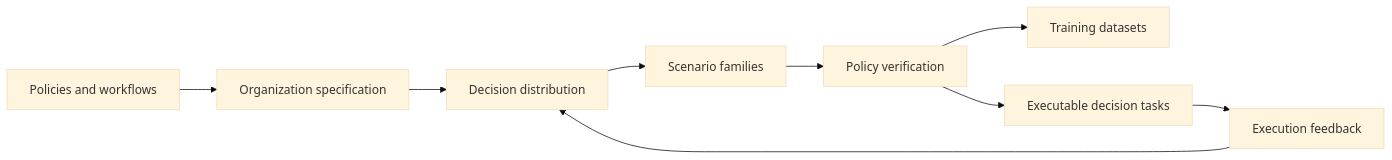
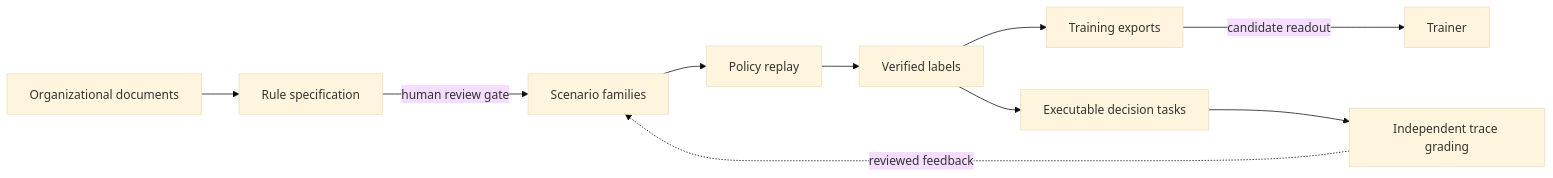
One commit to Juneo-Lab/decision-forge changed the diagram in README.md. Above: the diagram before and after it, drawn with Mermaid (base theme). The commit also changed other lines of this file and 5 other files, not shown here.

````diff
--- a/README.md
+++ b/README.md
@@ -14,11 +15,12 @@
 ```mermaid
 flowchart LR
-    A[Policies and workflows] --> B[Organization specification]
-    B --> C[Decision distribution]
-    C --> D[Scenario families]
-    D --> E[Policy verification]
-    E --> F[Training datasets]
+    A[Organizational documents] --> B[Rule specification]
+    B -->|human review gate| C[Scenario families]
+    C --> D[Policy replay]
+    D --> E[Verified labels]
+    E --> F[Training exports]
     E --> G[Executable decision tasks]
-    G --> H[Execution feedback]
-    H --> C
+    F -->|candidate readout| H[Trainer]
+    G --> I[Independent trace grading]
+    I -.->|reviewed feedback| C
 ```
````
